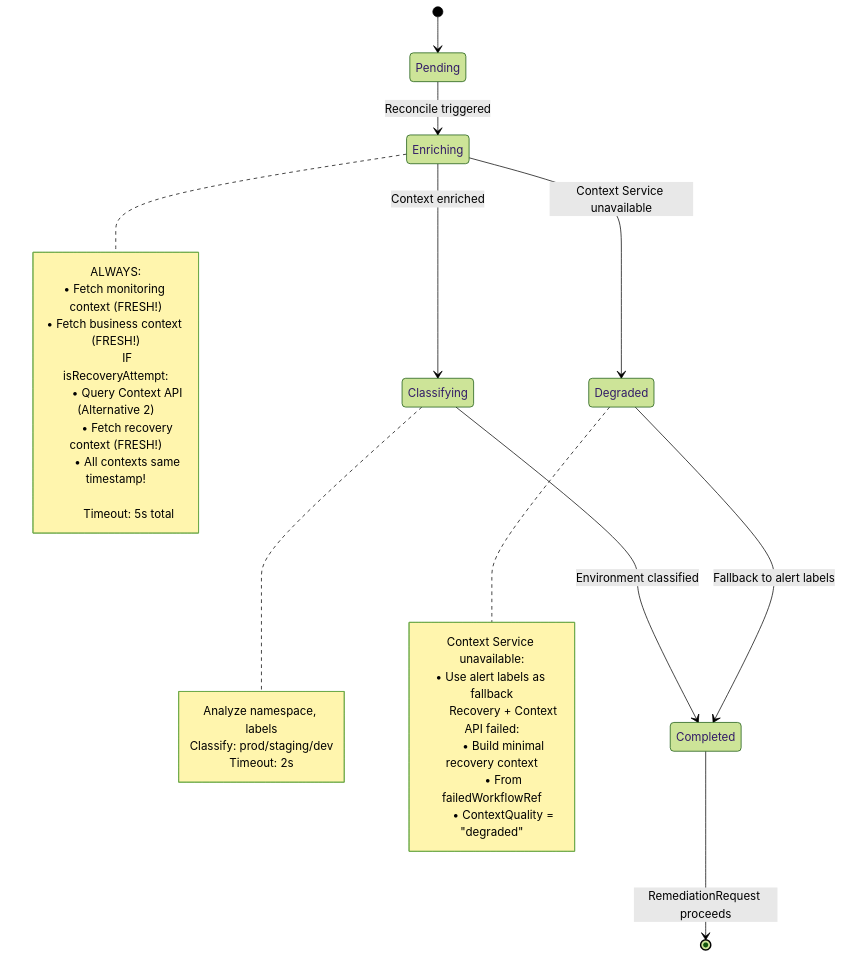
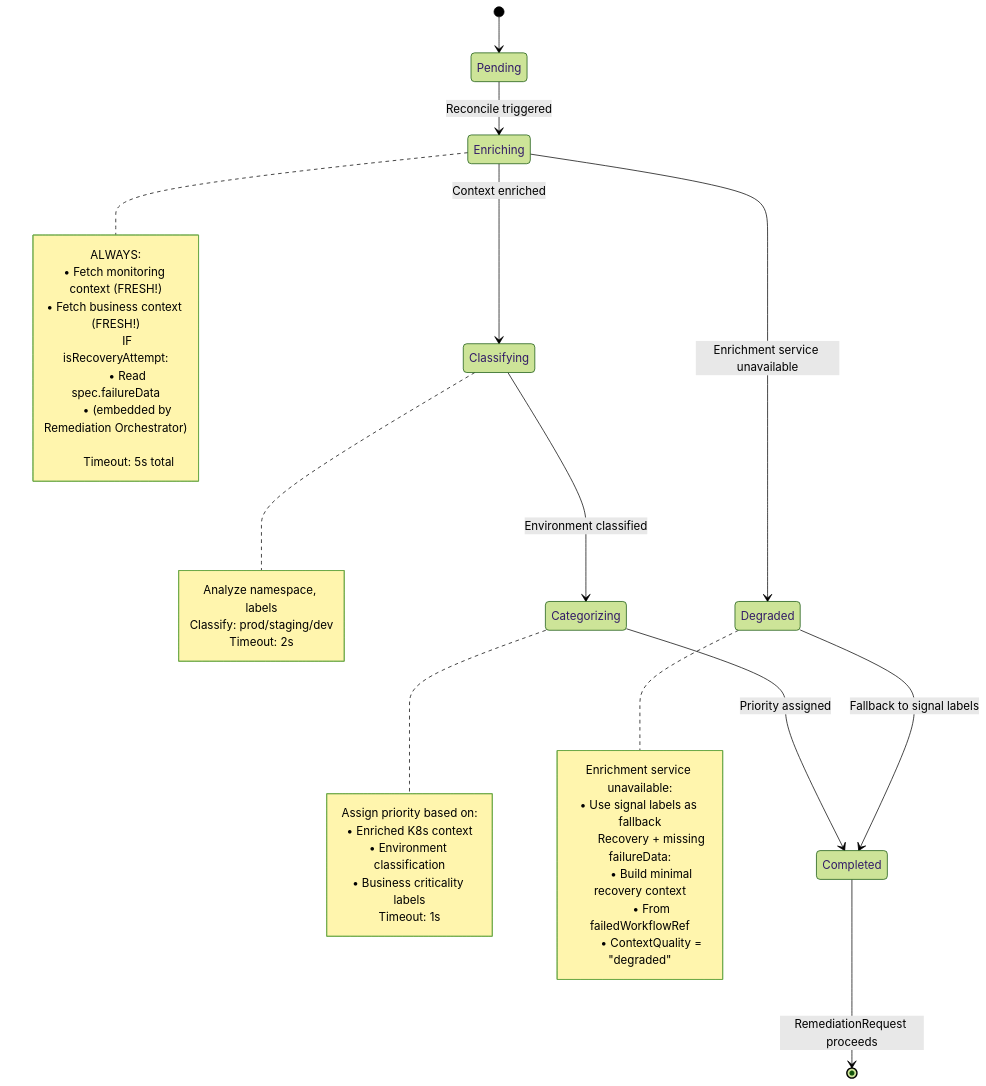
One commit to jordigilh/kubernaut changed the third of 3 diagrams in docs/services/crd-controllers/01-signalprocessing/overview.md. Above: the diagram before and after it, drawn with Mermaid (forest theme). The commit also changed other lines of this file and 31 other files, not shown here.

First line of the commit message:
feat(signalprocessing): Rename RemediationProcessing CRD to SignalProcessing

````diff
--- a/docs/services/crd-controllers/01-signalprocessing/overview.md
+++ b/docs/services/crd-controllers/01-signalprocessing/overview.md
@@ -226,39 +259,47 @@
 ```mermaid
 stateDiagram-v2
     [*] --> Pending
     Pending --> Enriching: Reconcile triggered
     Enriching --> Classifying: Context enriched
-    Enriching --> Degraded: Context Service unavailable
-    Classifying --> Completed: Environment classified
-    Degraded --> Completed: Fallback to alert labels
+    Enriching --> Degraded: Enrichment service unavailable
+    Classifying --> Categorizing: Environment classified
+    Categorizing --> Completed: Priority assigned
+    Degraded --> Completed: Fallback to signal labels
     Completed --> [*]: RemediationRequest proceeds
 
     note right of Enriching
         ALWAYS:
         • Fetch monitoring context (FRESH!)
         • Fetch business context (FRESH!)
 
         IF isRecoveryAttempt:
-        • Query Context API (Alternative 2)
-        • Fetch recovery context (FRESH!)
-        • All contexts same timestamp!
+        • Read spec.failureData
+        • (embedded by Remediation Orchestrator)
 
         Timeout: 5s total
     end note
 
     note right of Classifying
         Analyze namespace, labels
         Classify: prod/staging/dev
         Timeout: 2s
     end note
 
+    note right of Categorizing
+        Assign priority based on:
+        • Enriched K8s context
+        • Environment classification
+        • Business criticality labels
+        Timeout: 1s
+    end note
+
     note right of Degraded
-        Context Service unavailable:
-        • Use alert labels as fallback
+        Enrichment service unavailable:
+        • Use signal labels as fallback
 
-        Recovery + Context API failed:
+        Recovery + missing failureData:
         • Build minimal recovery context
         • From failedWorkflowRef
         • ContextQuality = "degraded"
     end note
 ```
````
